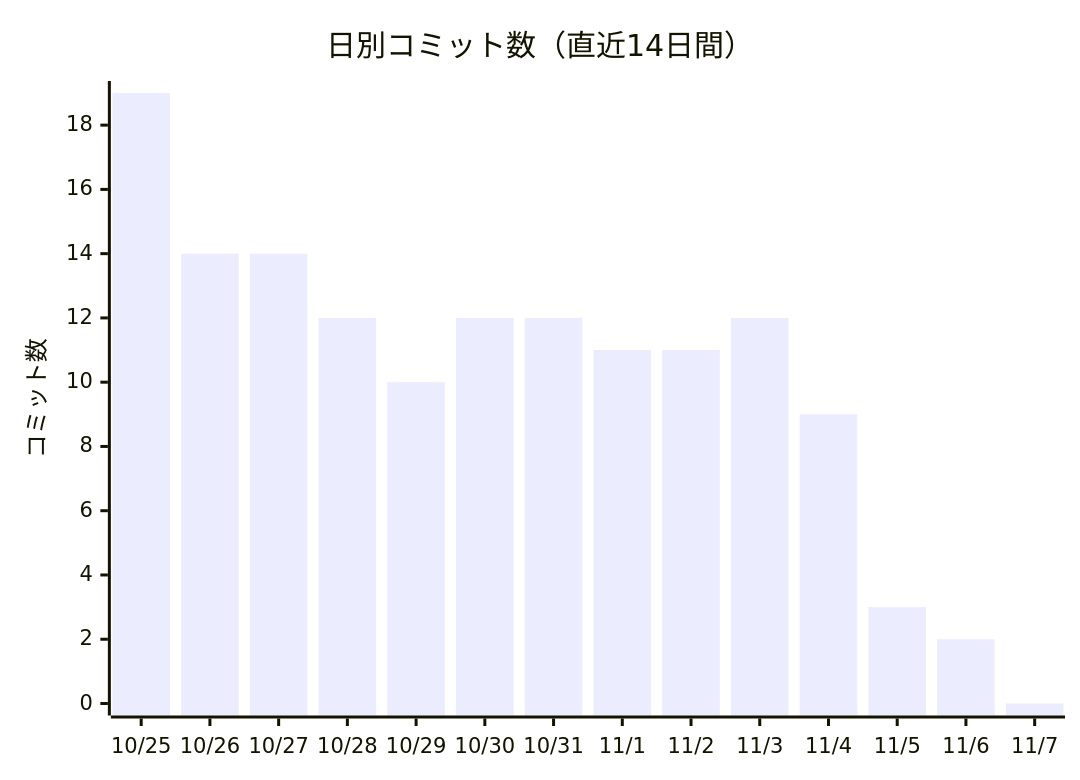
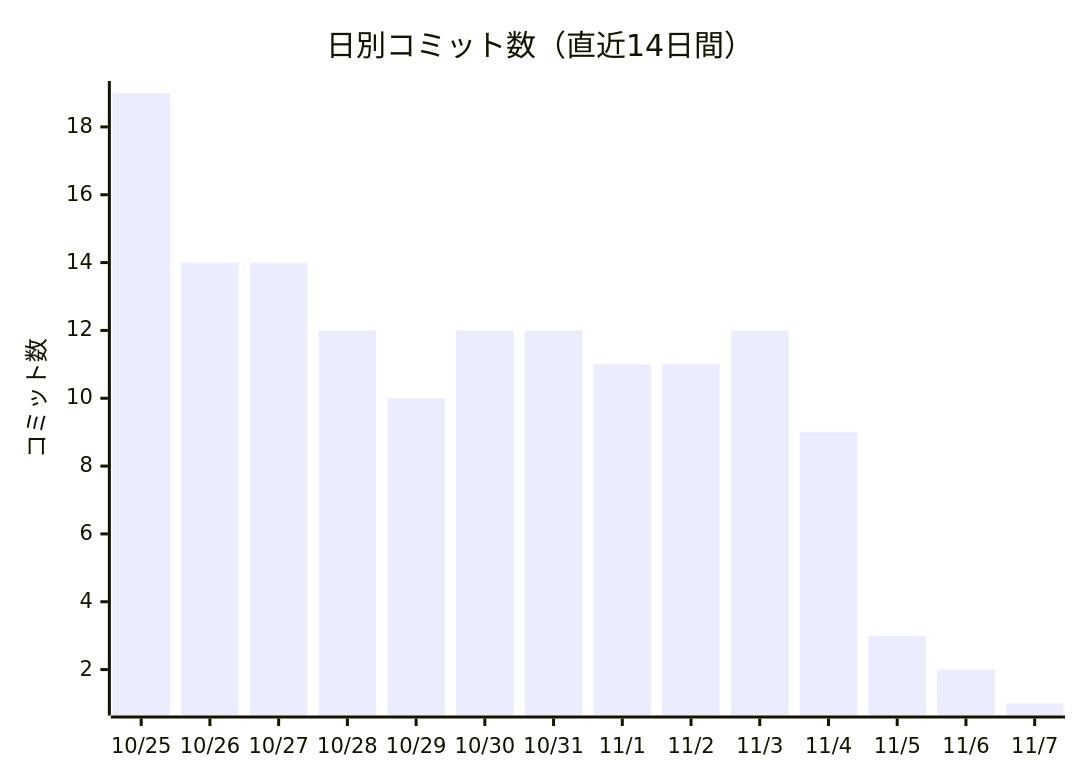
The first of 2 diagrams in docs/進化レポート.md (non-x2/non-x2), drawn with Mermaid before and after one commit. The commit also changed other lines of this file and 1 other file, not shown here.

````diff
--- a/docs/進化レポート.md
+++ b/docs/進化レポート.md
@@ -23,7 +23,7 @@
 ```mermaid
 xychart-beta
     title "日別コミット数（直近14日間）"
     x-axis ["10/25", "10/26", "10/27", "10/28", "10/29", "10/30", "10/31", "11/1", "11/2", "11/3", "11/4", "11/5", "11/6", "11/7"]
     y-axis "コミット数"
-    bar [19, 14, 14, 12, 10, 12, 12, 11, 11, 12, 9, 3, 2, 0]
+    bar [19, 14, 14, 12, 10, 12, 12, 11, 11, 12, 9, 3, 2, 1]
 ```
````
